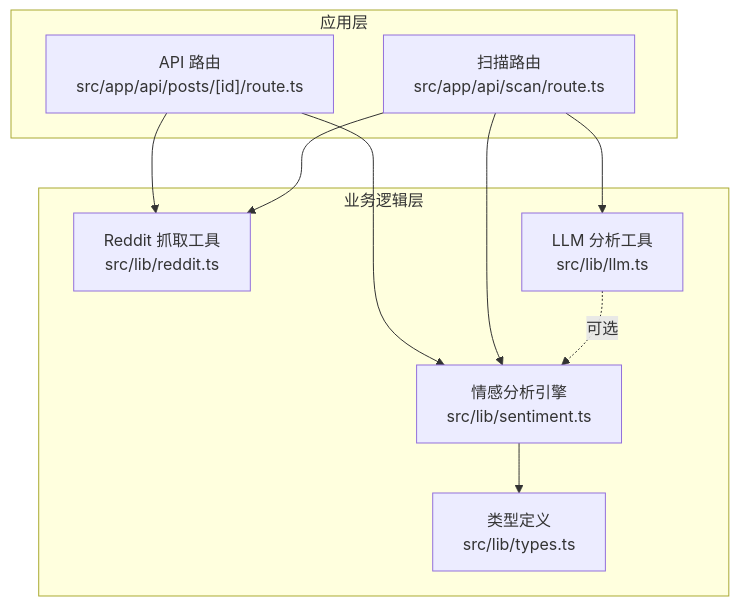
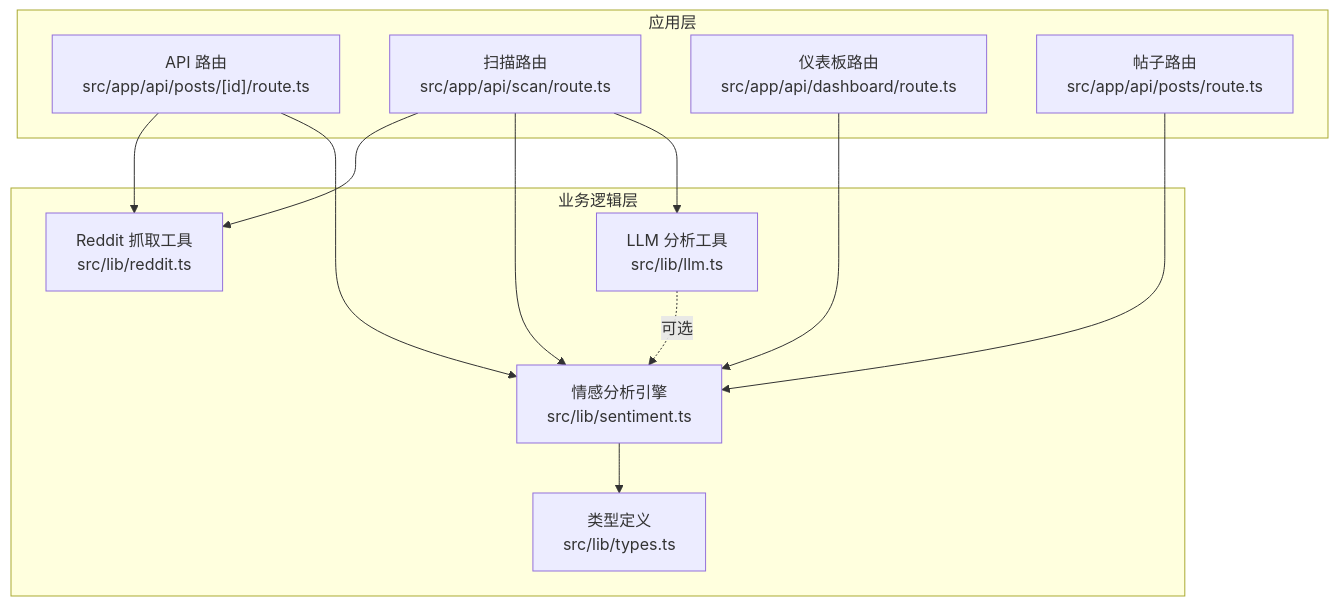
One commit to zezzezzez/reddit changed the first of 10 diagrams in .qoder/repowiki/zh/content/核心模块/情感分析引擎.md. Above: the diagram before and after it, drawn with Mermaid. The commit also changed other lines of this file and 21 other files, not shown here.

````diff
--- a/.qoder/repowiki/zh/content/核心模块/情感分析引擎.md
+++ b/.qoder/repowiki/zh/content/核心模块/情感分析引擎.md
@@ -52,20 +62,24 @@
 ```mermaid
 graph TB
 subgraph "应用层"
 API["API 路由<br/>src/app/api/posts/[id]/route.ts"]
 SCAN["扫描路由<br/>src/app/api/scan/route.ts"]
+DASHBOARD["仪表板路由<br/>src/app/api/dashboard/route.ts"]
+POSTS["帖子路由<br/>src/app/api/posts/route.ts"]
 end
 subgraph "业务逻辑层"
 SENT["情感分析引擎<br/>src/lib/sentiment.ts"]
 TYPES["类型定义<br/>src/lib/types.ts"]
 REDDIT["Reddit 抓取工具<br/>src/lib/reddit.ts"]
 LLM["LLM 分析工具<br/>src/lib/llm.ts"]
 end
 API --> REDDIT
 API --> SENT
 SCAN --> REDDIT
 SCAN --> SENT
 SCAN --> LLM
+DASHBOARD --> SENT
+POSTS --> SENT
 SENT --> TYPES
 LLM -. 可选 .-> SENT
 ```
````
